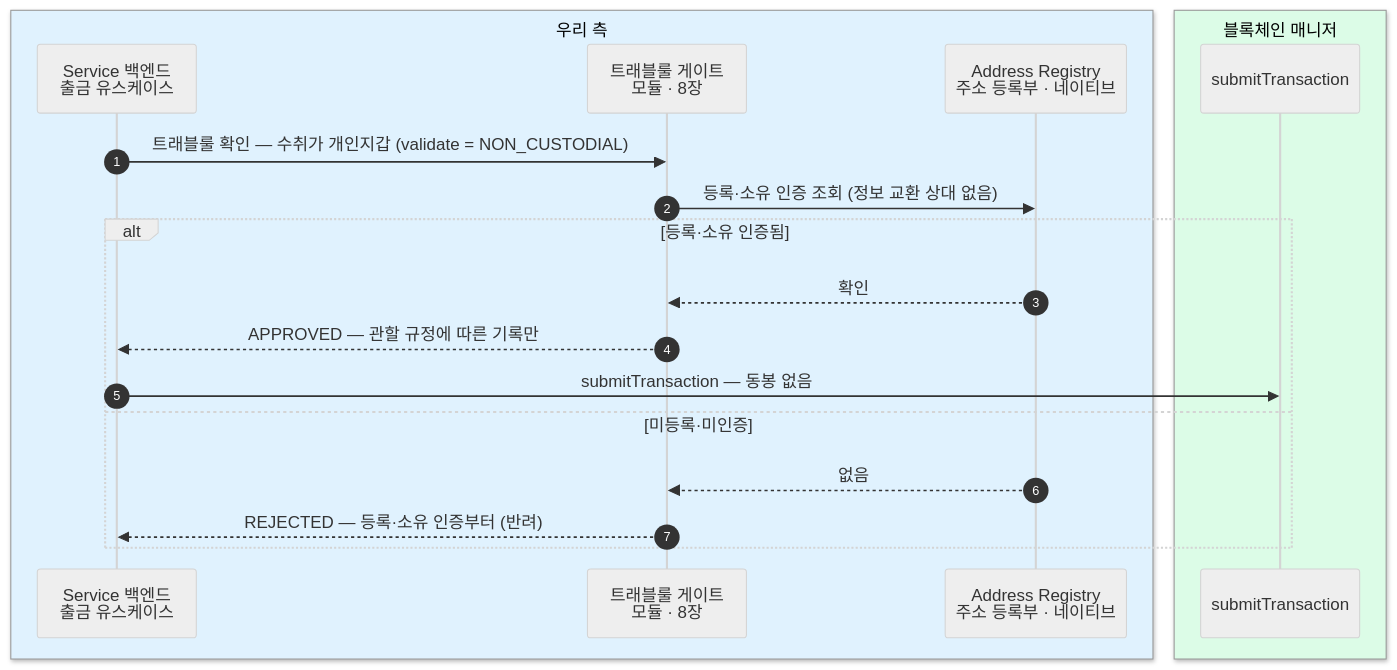
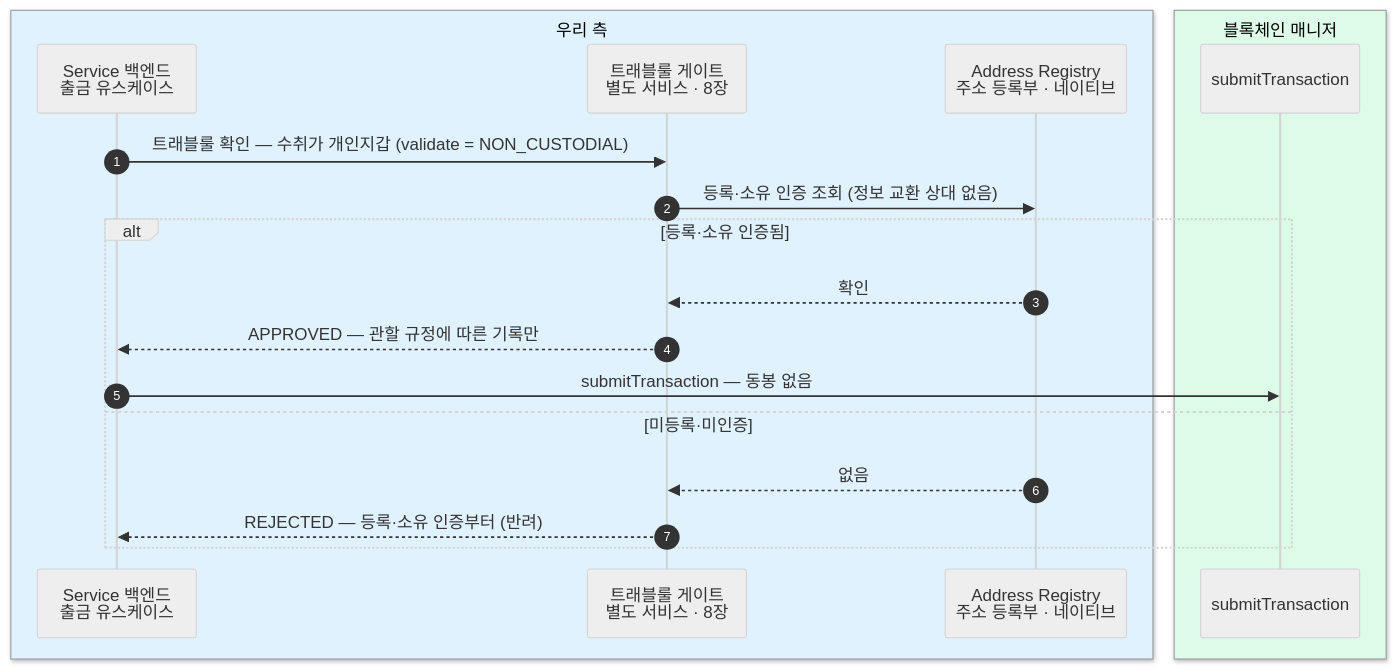
The eighth of 11 diagrams in blockchain-manager/docs/트래블룰/설계/07-scenarios.md (eunsujeo/eunpus), drawn with Mermaid (neutral theme) before and after one commit. The commit also changed other lines of this file and 36 other files, not shown here.

````diff
--- a/blockchain-manager/docs/트래블룰/설계/07-scenarios.md
+++ b/blockchain-manager/docs/트래블룰/설계/07-scenarios.md
@@ -351,23 +359,23 @@
 ```mermaid
 sequenceDiagram
     autonumber
     box rgb(224,242,254) 우리 측
     participant BE as Service 백엔드<br/>출금 유스케이스
-    participant GT as 트래블룰 게이트<br/>모듈 · 8장
+    participant GT as 트래블룰 게이트<br/>별도 서비스 · 8장
     participant AR as Address Registry<br/>주소 등록부 · 네이티브
     end
     box rgb(220,252,231) 블록체인 매니저
     participant BM as submitTransaction
     end
 
     BE->>GT: 트래블룰 확인 — 수취가 개인지갑 (validate = NON_CUSTODIAL)
     GT->>AR: 등록·소유 인증 조회 (정보 교환 상대 없음)
     alt 등록·소유 인증됨
         AR-->>GT: 확인
         GT-->>BE: APPROVED — 관할 규정에 따른 기록만
         BE->>BM: submitTransaction — 동봉 없음
     else 미등록·미인증
         AR-->>GT: 없음
         GT-->>BE: REJECTED — 등록·소유 인증부터 (반려)
     end
 ```
````
